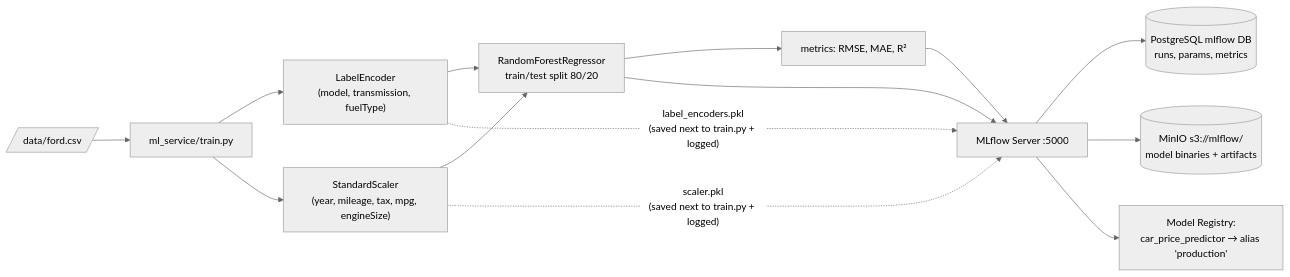
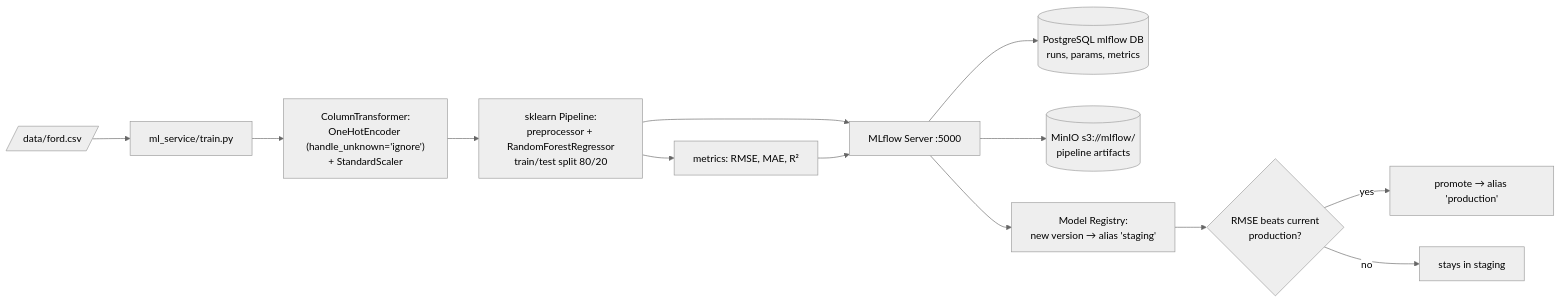
One commit to thoughtbomber/car-price-predictor changed the third of 3 diagrams in docs/WORKFLOW.md. Above: the diagram before and after it, drawn with Mermaid (neutral theme). The commit also changed other lines of this file and 12 other files, not shown here.

First line of the commit message:
Make the ML pipeline production-grade: CDC single source, data contract + DLQ, model promotion gate, drift monitoring

````diff
--- a/docs/WORKFLOW.md
+++ b/docs/WORKFLOW.md
@@ -99,16 +103,15 @@
 ```mermaid
 flowchart LR
     CSV[/"data/ford.csv"/] --> P["ml_service/train.py"]
-    P --> ENC["LabelEncoder<br/>(model, transmission, fuelType)"]
-    P --> SC["StandardScaler<br/>(year, mileage, tax, mpg, engineSize)"]
-    ENC --> RF["RandomForestRegressor<br/>train/test split 80/20"]
-    SC --> RF
+    P --> CT["ColumnTransformer:<br/>OneHotEncoder (handle_unknown='ignore')<br/>+ StandardScaler"]
+    CT --> RF["sklearn Pipeline:<br/>preprocessor + RandomForestRegressor<br/>train/test split 80/20"]
     RF --> METRICS["metrics: RMSE, MAE, R²"]
     RF --> MLFLOW["MLflow Server :5000"]
-    ENC -.->|"label_encoders.pkl<br/>(saved next to train.py + logged)"| MLFLOW
-    SC -.->|"scaler.pkl<br/>(saved next to train.py + logged)"| MLFLOW
     METRICS --> MLFLOW
     MLFLOW --> PG[("PostgreSQL mlflow DB<br/>runs, params, metrics")]
-    MLFLOW --> MINIO[("MinIO s3://mlflow/<br/>model binaries + artifacts")]
-    MLFLOW --> REG["Model Registry:<br/>car_price_predictor → alias 'production'"]
+    MLFLOW --> MINIO[("MinIO s3://mlflow/<br/>pipeline artifacts")]
+    MLFLOW --> STAGE["Model Registry:<br/>new version → alias 'staging'"]
+    STAGE --> GATE{"RMSE beats current<br/>production?"}
+    GATE -->|"yes"| REG["promote → alias 'production'"]
+    GATE -->|"no"| STAY["stays in staging"]
 ```
````
